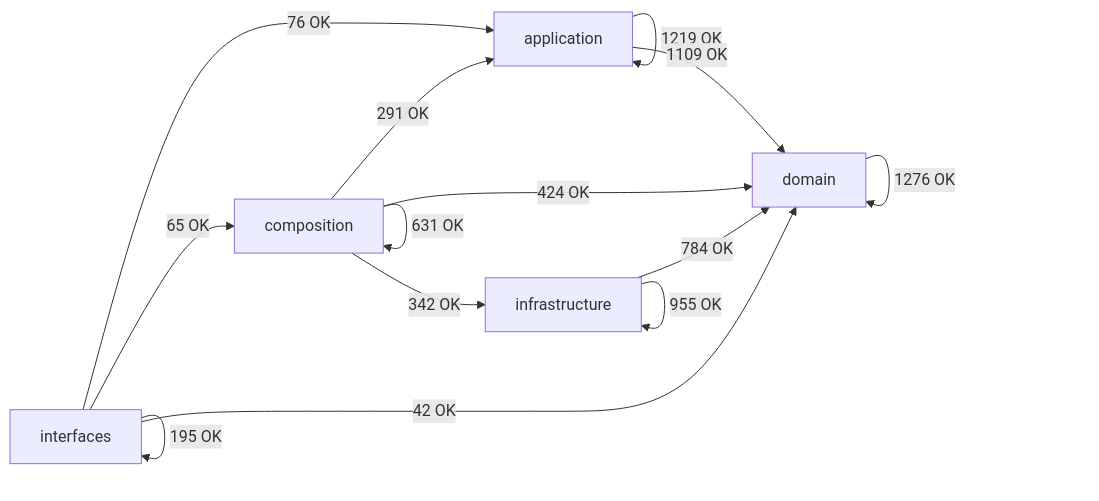
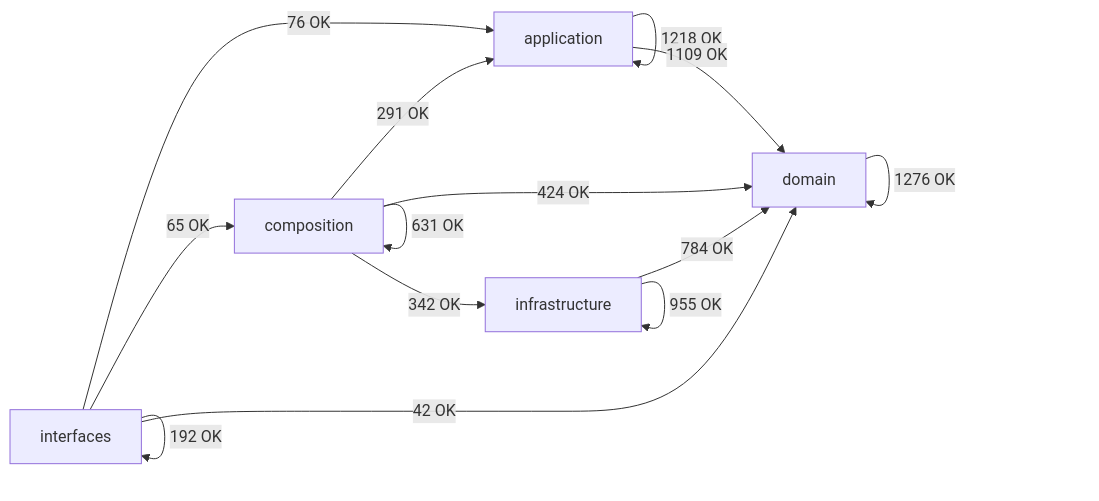
Before and after one commit to SatoryKono/BioactivityDataAcquisition: the diagram in docs/02-architecture/generated/module-dependency-map.md, drawn with Mermaid. The commit also changed other lines of this file and 23 other files, not shown here.

````diff
--- a/docs/02-architecture/generated/module-dependency-map.md
+++ b/docs/02-architecture/generated/module-dependency-map.md
@@ -17,21 +17,21 @@
 ```mermaid
 flowchart LR
     domain[domain]
     application[application]
     infrastructure[infrastructure]
     composition[composition]
     interfaces[interfaces]
-    application -->|1219 OK| application
+    application -->|1218 OK| application
     application -->|1109 OK| domain
     composition -->|291 OK| application
     composition -->|631 OK| composition
     composition -->|424 OK| domain
     composition -->|342 OK| infrastructure
     domain -->|1276 OK| domain
     infrastructure -->|784 OK| domain
     infrastructure -->|955 OK| infrastructure
     interfaces -->|76 OK| application
     interfaces -->|65 OK| composition
     interfaces -->|42 OK| domain
-    interfaces -->|195 OK| interfaces
+    interfaces -->|192 OK| interfaces
 ```
````
